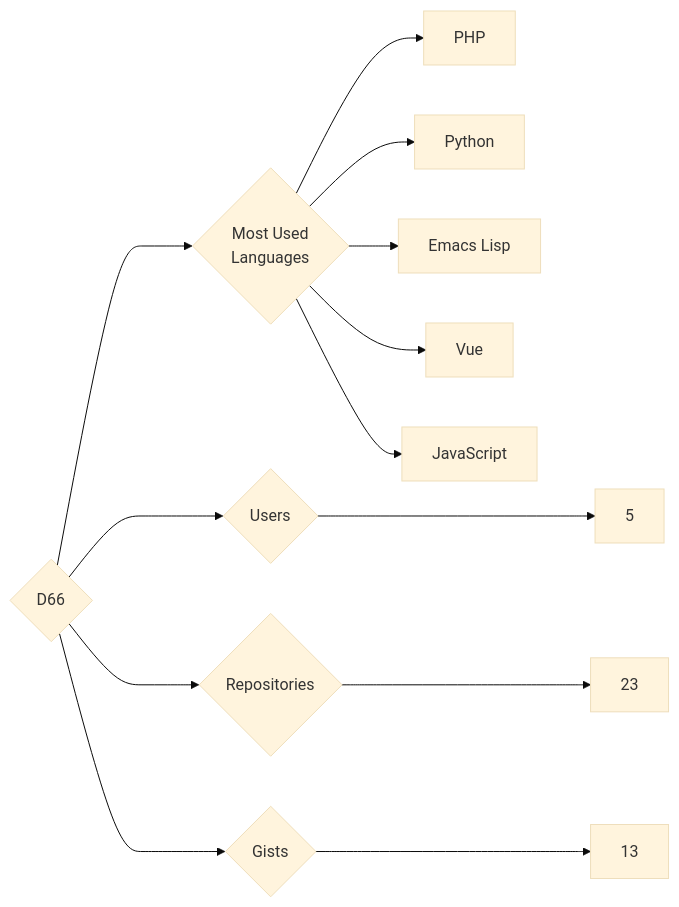
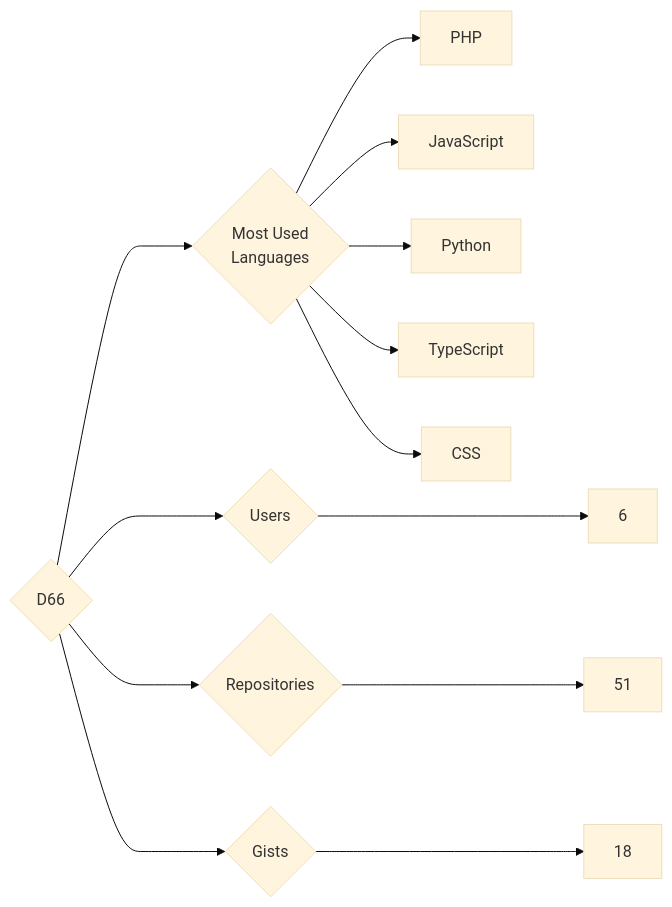
One commit to trickest/insiders changed the diagram in targets/D66/README.md. Above: the diagram before and after it, drawn with Mermaid (base theme). The commit also changed 872 other files, not shown here.

````diff
--- a/targets/D66/README.md
+++ b/targets/D66/README.md
@@ -3,13 +3,13 @@
 ```mermaid
 graph LR
 COMPANY_NAME{D66}
-COMPANY_NAME ---> U{Users} ---> UN[5]
-COMPANY_NAME ---> R{Repositories} ---> RN[23]
-COMPANY_NAME ---> G{Gists} ---> GN[13]
+COMPANY_NAME ---> U{Users} ---> UN[6]
+COMPANY_NAME ---> R{Repositories} ---> RN[51]
+COMPANY_NAME ---> G{Gists} ---> GN[18]
 COMPANY_NAME ---> ML{Most Used<br>Languages}
 ML --> PHP[PHP]
+ML --> JavaScript[JavaScript]
 ML --> Python[Python]
-ML --> Emacs_Lisp[Emacs Lisp]
-ML --> Vue[Vue]
-ML --> JavaScript[JavaScript]
+ML --> TypeScript[TypeScript]
+ML --> CSS[CSS]
 ```
````
